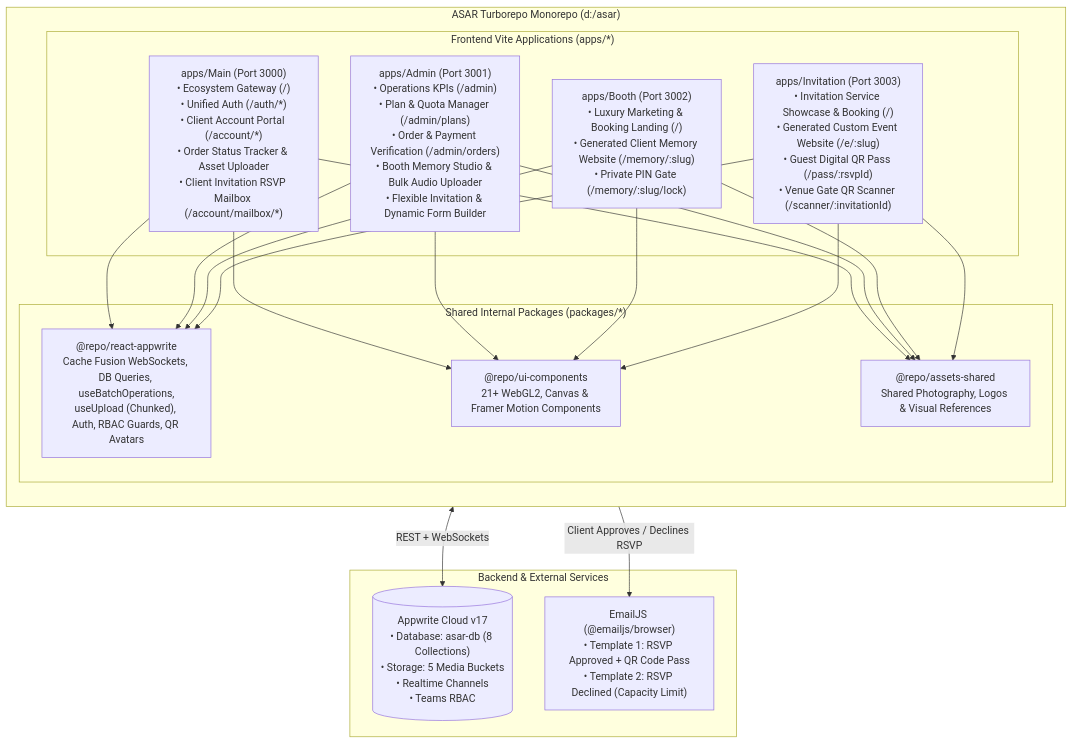
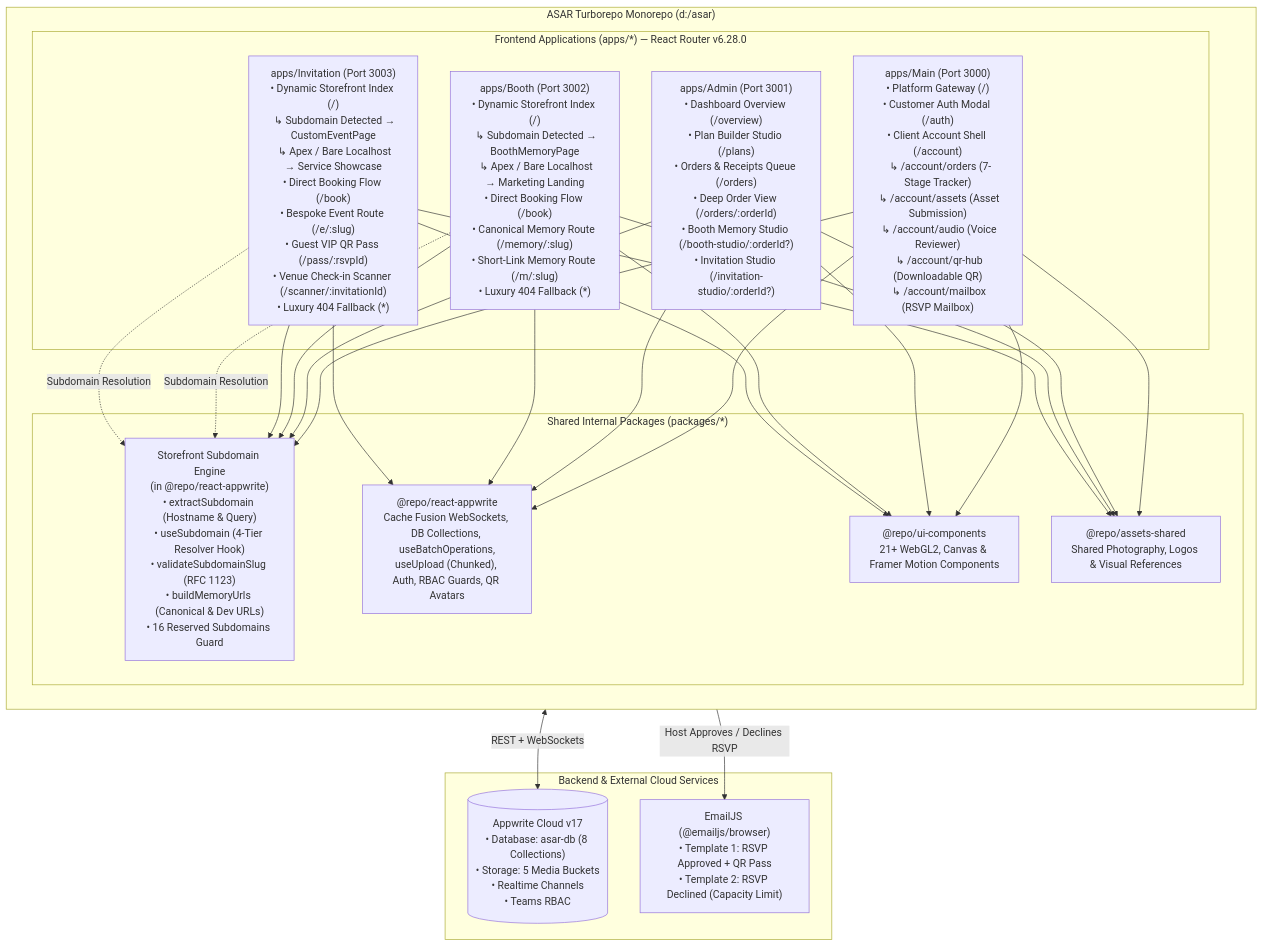
One commit to moFUNCTION/Asar changed the first of 5 diagrams in docs/ASAR_PROJECT_ARCHITECTURE.md. Above: the diagram before and after it, drawn with Mermaid. The commit also changed other lines of this file and 500 other files, not shown here.

````diff
--- a/docs/ASAR_PROJECT_ARCHITECTURE.md
+++ b/docs/ASAR_PROJECT_ARCHITECTURE.md
@@ -90,28 +118,36 @@
 ```mermaid
 flowchart TD
     subgraph Monorepo["ASAR Turborepo Monorepo (d:/asar)"]
         direction TB
         
-        subgraph Apps["Frontend Vite Applications (apps/*)"]
-            Main["apps/Main (Port 3000)\n• Ecosystem Gateway (/)\n• Unified Auth (/auth/*)\n• Client Account Portal (/account/*)\n• Order Status Tracker & Asset Uploader\n• Client Invitation RSVP Mailbox (/account/mailbox/*)"]
-            Admin["apps/Admin (Port 3001)\n• Operations KPIs (/admin)\n• Plan & Quota Manager (/admin/plans)\n• Order & Payment Verification (/admin/orders)\n• Booth Memory Studio & Bulk Audio Uploader\n• Flexible Invitation & Dynamic Form Builder"]
-            Booth["apps/Booth (Port 3002)\n• Luxury Marketing & Booking Landing (/)\n• Generated Client Memory Website (/memory/:slug)\n• Private PIN Gate (/memory/:slug/lock)"]
-            Invitation["apps/Invitation (Port 3003)\n• Invitation Service Showcase & Booking (/)\n• Generated Custom Event Website (/e/:slug)\n• Guest Digital QR Pass (/pass/:rsvpId)\n• Venue Gate QR Scanner (/scanner/:invitationId)"]
+        subgraph Apps["Frontend Applications (apps/*) — React Router v6.28.0"]
+            Main["apps/Main (Port 3000)\n• Platform Gateway (/)\n• Customer Auth Modal (/auth)\n• Client Account Shell (/account)\n  ↳ /account/orders (7-Stage Tracker)\n  ↳ /account/assets (Asset Submission)\n  ↳ /account/audio (Voice Reviewer)\n  ↳ /account/qr-hub (Downloadable QR)\n  ↳ /account/mailbox (RSVP Mailbox)"]
+
+            Admin["apps/Admin (Port 3001)\n• Dashboard Overview (/overview)\n• Plan Builder Studio (/plans)\n• Orders & Receipts Queue (/orders)\n• Deep Order View (/orders/:orderId)\n• Booth Memory Studio (/booth-studio/:orderId?)\n• Invitation Studio (/invitation-studio/:orderId?)"]
+
+            Booth["apps/Booth (Port 3002)\n• Dynamic Storefront Index (/)\n  ↳ Subdomain Detected → BoothMemoryPage\n  ↳ Apex / Bare Localhost → Marketing Landing\n• Direct Booking Flow (/book)\n• Canonical Memory Route (/memory/:slug)\n• Short-Link Memory Route (/m/:slug)\n• Luxury 404 Fallback (*)"]
+
+            Invitation["apps/Invitation (Port 3003)\n• Dynamic Storefront Index (/)\n  ↳ Subdomain Detected → CustomEventPage\n  ↳ Apex / Bare Localhost → Service Showcase\n• Direct Booking Flow (/book)\n• Bespoke Event Route (/e/:slug)\n• Guest VIP QR Pass (/pass/:rsvpId)\n• Venue Check-in Scanner (/scanner/:invitationId)\n• Luxury 404 Fallback (*)"]
         end
 
         subgraph Packages["Shared Internal Packages (packages/*)"]
-            AppwritePkg["@repo/react-appwrite\nCache Fusion WebSockets, DB Queries, useBatchOperations,\nuseUpload (Chunked), Auth, RBAC Guards, QR Avatars"]
+            StorefrontPkg["Storefront Subdomain Engine\n(in @repo/react-appwrite)\n• extractSubdomain (Hostname & Query)\n• useSubdomain (4-Tier Resolver Hook)\n• validateSubdomainSlug (RFC 1123)\n• buildMemoryUrls (Canonical & Dev URLs)\n• 16 Reserved Subdomains Guard"]
+
+            AppwritePkg["@repo/react-appwrite\nCache Fusion WebSockets, DB Collections, useBatchOperations,\nuseUpload (Chunked), Auth, RBAC Guards, QR Avatars"]
+
             UIPkg["@repo/ui-components\n21+ WebGL2, Canvas & Framer Motion Components"]
+
             AssetsPkg["@repo/assets-shared\nShared Photography, Logos & Visual References"]
         end
     end
 
-    subgraph Cloud["Backend & External Services"]
+    subgraph Cloud["Backend & External Cloud Services"]
         Appwrite[("Appwrite Cloud v17\n• Database: asar-db (8 Collections)\n• Storage: 5 Media Buckets\n• Realtime Channels\n• Teams RBAC")]
-        EmailJS["EmailJS (@emailjs/browser)\n• Template 1: RSVP Approved + QR Code Pass\n• Template 2: RSVP Declined (Capacity Limit)"]
+        EmailJS["EmailJS (@emailjs/browser)\n• Template 1: RSVP Approved + QR Pass\n• Template 2: RSVP Declined (Capacity Limit)"]
     end
 
-    Main & Admin & Booth & Invitation --> AppwritePkg & UIPkg & AssetsPkg
+    Main & Admin & Booth & Invitation --> StorefrontPkg & AppwritePkg & UIPkg & AssetsPkg
     AppwritePkg <-->|"REST + WebSockets"| Appwrite
-    Main -->|"Client Approves / Declines RSVP"| EmailJS
+    Main -->|"Host Approves / Declines RSVP"| EmailJS
+    Booth & Invitation -.->|"Subdomain Resolution"| StorefrontPkg
 ```
````
